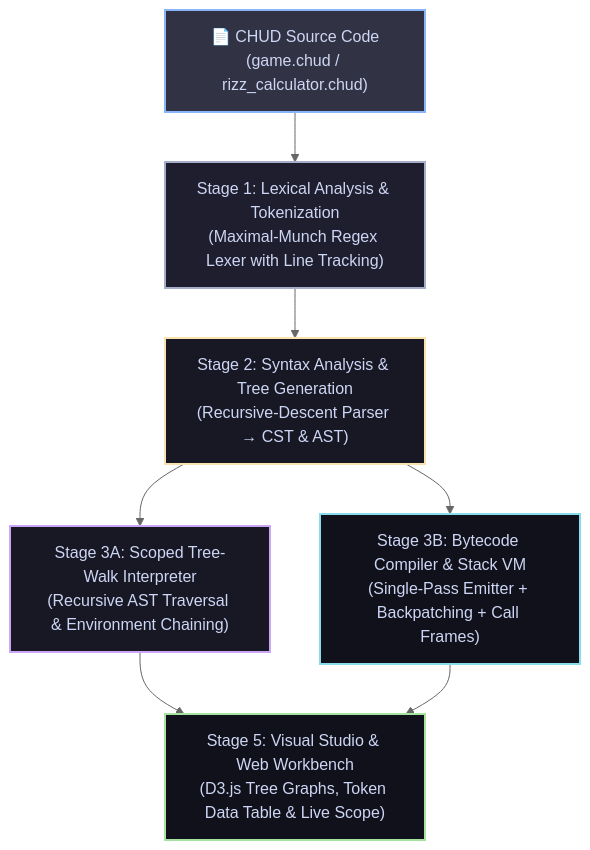
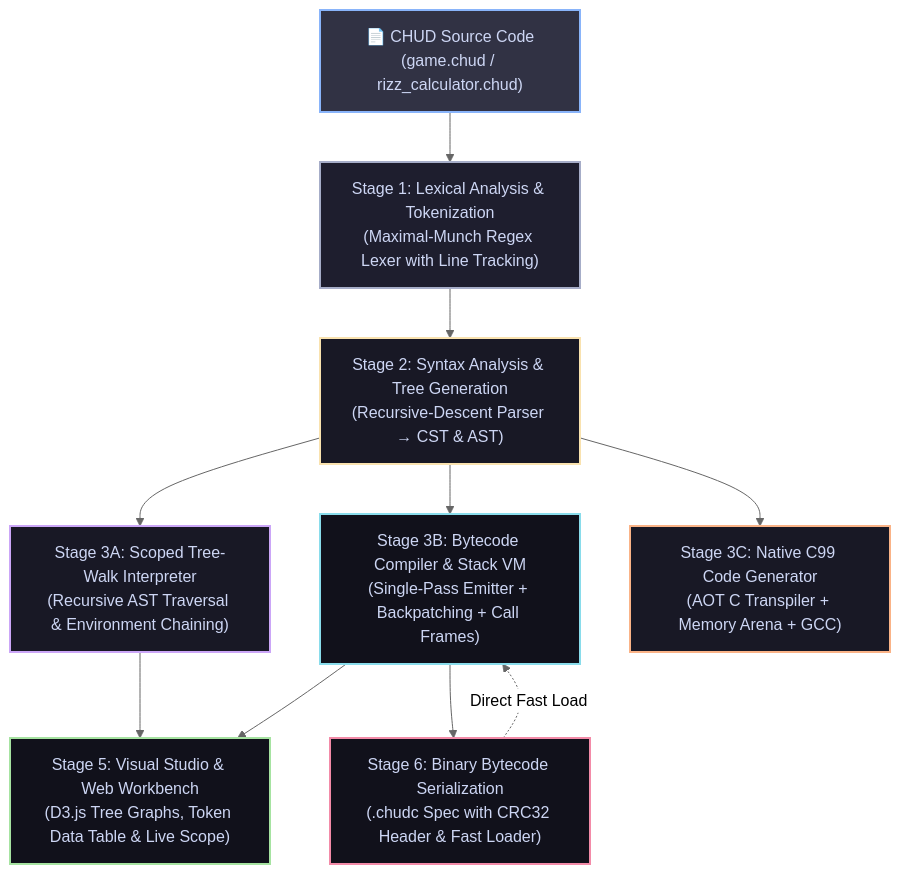
Before and after one commit to Humble-Librarian/CHUD: the first of 7 diagrams in ARCHITECTURE.md, drawn with Mermaid (neutral theme). The commit also changed other lines of this file and 4 other files, not shown here.

Commit message:
feat: implement Phase 3 Binary Bytecode Serialization (.chudc) with CRC32 integrity and CLI auto-loader

````diff
--- a/ARCHITECTURE.md
+++ b/ARCHITECTURE.md
@@ -14,16 +14,21 @@
 ```mermaid
 flowchart TD
     A["📄 CHUD Source Code<br>(game.chud / rizz_calculator.chud)"] --> S1["Stage 1: Lexical Analysis & Tokenization<br>(Maximal-Munch Regex Lexer with Line Tracking)"]
     S1 --> S2["Stage 2: Syntax Analysis & Tree Generation<br>(Recursive-Descent Parser → CST & AST)"]
     S2 --> S3["Stage 3A: Scoped Tree-Walk Interpreter<br>(Recursive AST Traversal & Environment Chaining)"]
     S2 --> S4["Stage 3B: Bytecode Compiler & Stack VM<br>(Single-Pass Emitter + Backpatching + Call Frames)"]
+    S2 --> S4C["Stage 3C: Native C99 Code Generator<br>(AOT C Transpiler + Memory Arena + GCC)"]
+    S4 --> S6["Stage 6: Binary Bytecode Serialization<br>(.chudc Spec with CRC32 Header & Fast Loader)"]
+    S6 -.->|Direct Fast Load| S4
     S3 --> S5["Stage 5: Visual Studio & Web Workbench<br>(D3.js Tree Graphs, Token Data Table & Live Scope)"]
     S4 --> S5
 
     style A fill:#313244,stroke:#89b4fa,stroke-width:2px,color:#cdd6f4
     style S1 fill:#1e1e2e,stroke:#a6adc8,stroke-width:2px,color:#cdd6f4
     style S2 fill:#181825,stroke:#f9e2af,stroke-width:2px,color:#cdd6f4
     style S3 fill:#181825,stroke:#cba6f7,stroke-width:2px,color:#cdd6f4
     style S4 fill:#11111b,stroke:#89dceb,stroke-width:2px,color:#cdd6f4
+    style S4C fill:#181825,stroke:#fab387,stroke-width:2px,color:#cdd6f4
+    style S6 fill:#11111b,stroke:#f38ba8,stroke-width:2px,color:#cdd6f4
     style S5 fill:#11111b,stroke:#a6e3a1,stroke-width:2px,color:#cdd6f4
 ```
````
